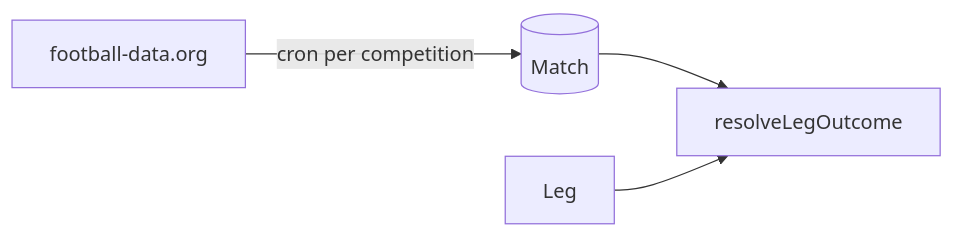
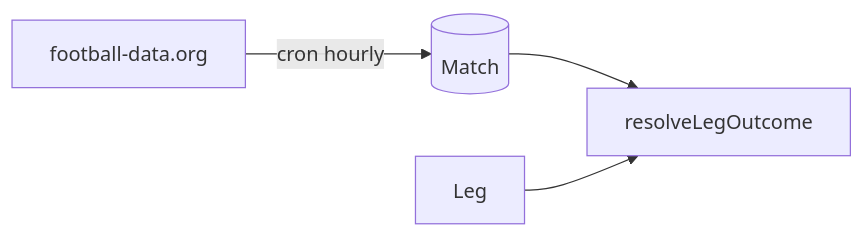
One commit to DanScreen/the-syndicate changed the diagram in docs/specs/competitions-and-results.md. Above: the diagram before and after it, drawn with Mermaid. The commit also changed other lines of this file and 30 other files, not shown here.

````diff
--- a/docs/specs/competitions-and-results.md
+++ b/docs/specs/competitions-and-results.md
@@ -93,6 +104,6 @@
 ```mermaid
 flowchart LR
-  FD[football-data.org] -->|cron per competition| Match[(Match)]
+  FD[football-data.org] -->|cron hourly| Match[(Match)]
   Match --> Resolve[resolveLegOutcome]
   Leg --> Resolve
 ```
````
